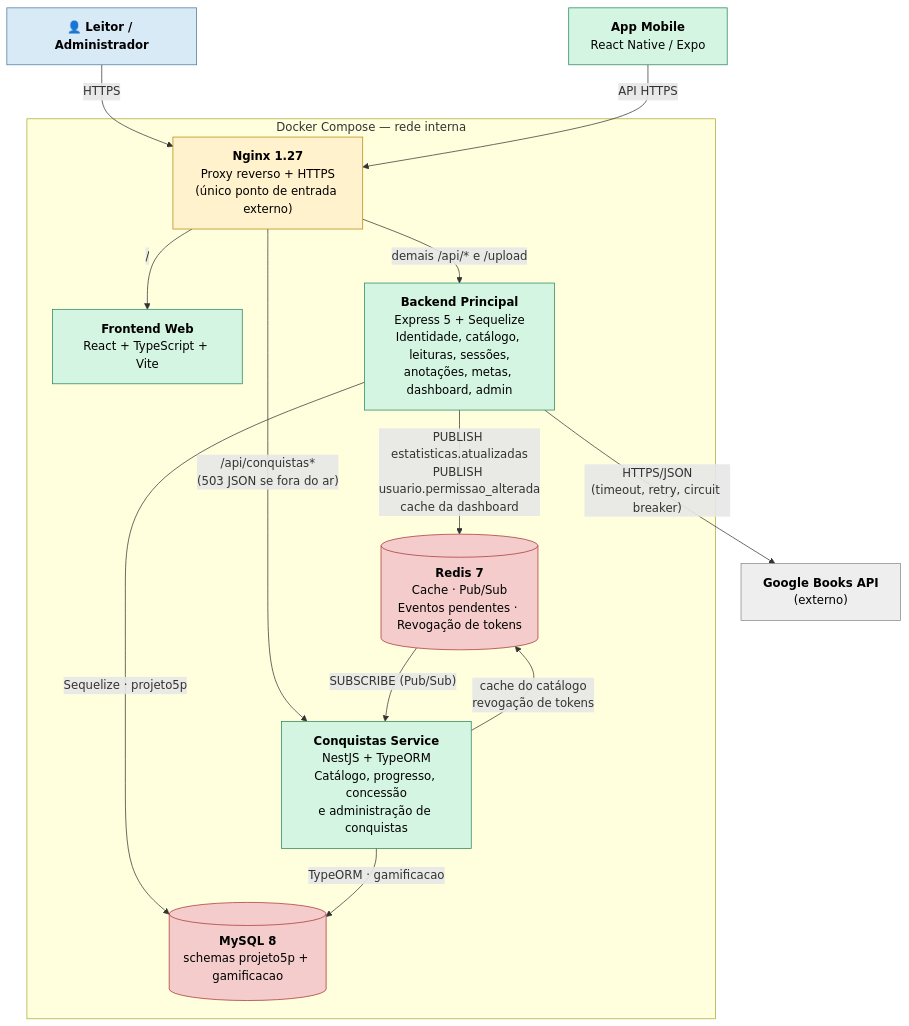
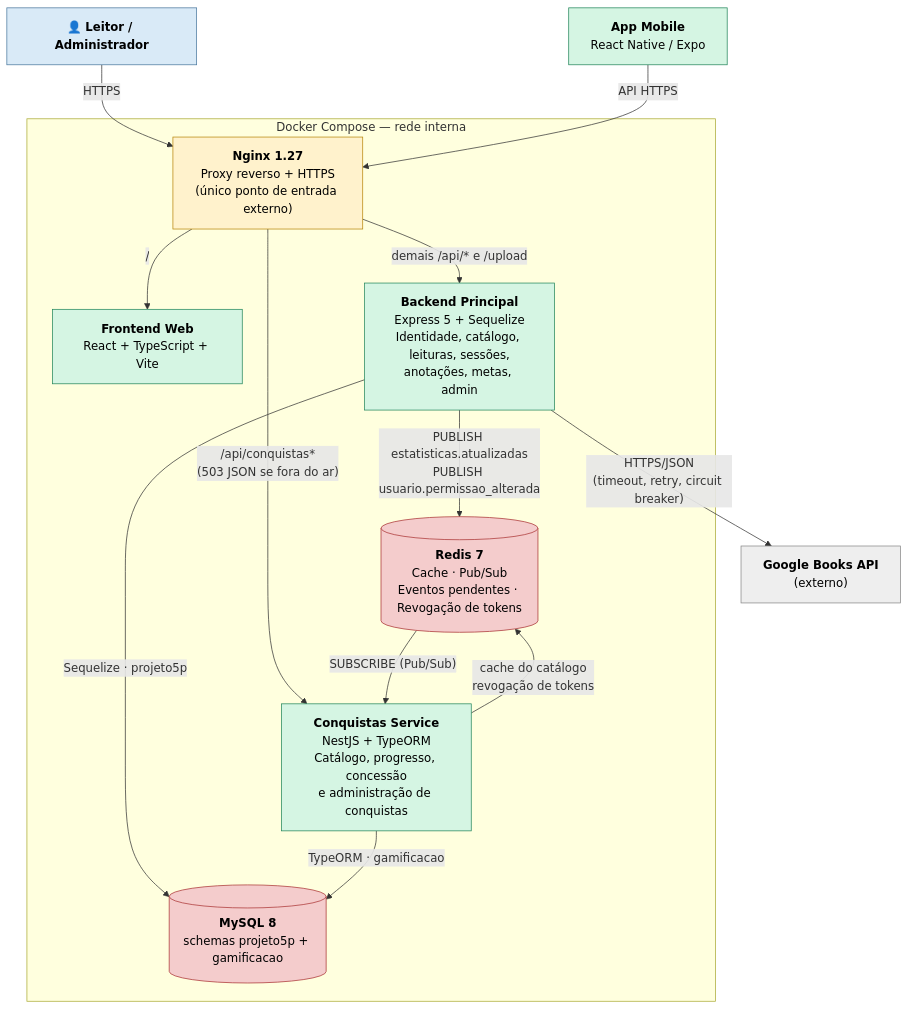
The diagram in docs/diagramas/c4-containers.md (Emanuelymanu/bibliotecaDocker), drawn with Mermaid before and after one commit. The commit also changed 23 other files, not shown here.

````diff
--- a/docs/diagramas/c4-containers.md
+++ b/docs/diagramas/c4-containers.md
@@ -5,39 +5,39 @@
 ```mermaid
 flowchart TB
     usuarios["👤 <b>Leitor / Administrador</b>"]
     mobile["<b>App Mobile</b><br/>React Native / Expo"]
 
     subgraph compose["Docker Compose — rede interna"]
         nginx["<b>Nginx 1.27</b><br/>Proxy reverso + HTTPS<br/>(único ponto de entrada externo)"]
         web["<b>Frontend Web</b><br/>React + TypeScript + Vite"]
-        express["<b>Backend Principal</b><br/>Express 5 + Sequelize<br/>Identidade, catálogo, leituras, sessões,<br/>anotações, metas, dashboard, admin"]
+        express["<b>Backend Principal</b><br/>Express 5 + Sequelize<br/>Identidade, catálogo, leituras, sessões,<br/>anotações, metas, admin"]
         nest["<b>Conquistas Service</b><br/>NestJS + TypeORM<br/>Catálogo, progresso, concessão<br/>e administração de conquistas"]
         redis[("<b>Redis 7</b><br/>Cache · Pub/Sub<br/>Eventos pendentes · Revogação de tokens")]
         mysql[("<b>MySQL 8</b><br/>schemas projeto5p + gamificacao")]
     end
 
     google["<b>Google Books API</b><br/>(externo)"]
 
     usuarios -- HTTPS --> nginx
     mobile -- "API HTTPS" --> nginx
     nginx -- "/" --> web
     nginx -- "demais /api/* e /upload" --> express
     nginx -- "/api/conquistas*<br/>(503 JSON se fora do ar)" --> nest
     express -- "Sequelize · projeto5p" --> mysql
     nest -- "TypeORM · gamificacao" --> mysql
-    express -- "PUBLISH estatisticas.atualizadas<br/>PUBLISH usuario.permissao_alterada<br/>cache da dashboard" --> redis
+    express -- "PUBLISH estatisticas.atualizadas<br/>PUBLISH usuario.permissao_alterada" --> redis
     redis -- "SUBSCRIBE (Pub/Sub)" --> nest
     nest -- "cache do catálogo<br/>revogação de tokens" --> redis
     express -- "HTTPS/JSON<br/>(timeout, retry, circuit breaker)" --> google
 
     classDef pessoa fill:#d9eaf7,stroke:#4a789e,color:#000
     classDef app fill:#d5f5e3,stroke:#23865b,color:#000
     classDef proxy fill:#fff2cc,stroke:#b8860b,color:#000
     classDef dados fill:#f4cccc,stroke:#aa3333,color:#000
     classDef externo fill:#eeeeee,stroke:#888888,color:#000
     class usuarios pessoa
     class mobile,web,express,nest app
     class nginx proxy
     class redis,mysql dados
     class google externo
 ```
````
